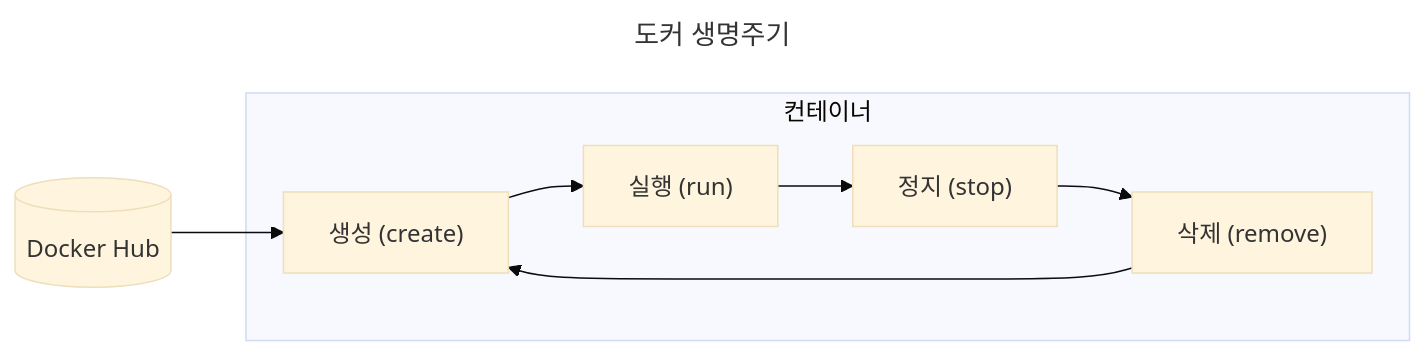
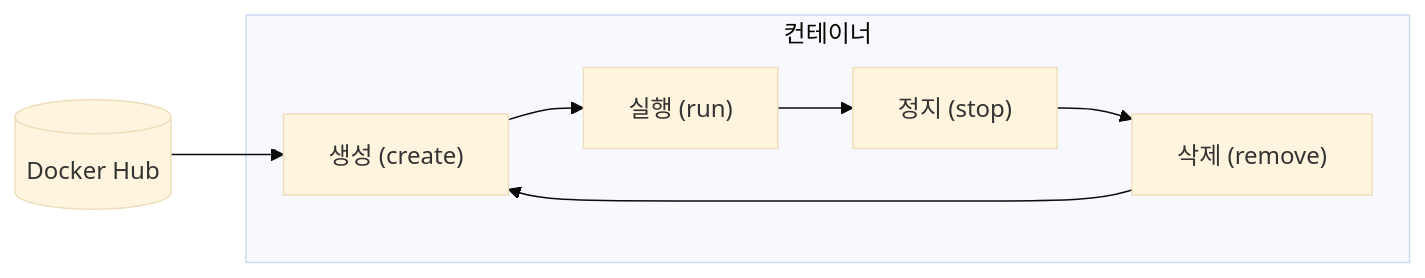
One commit to sangwon0724/sangwon0724.github.io changed the second of 2 diagrams in _posts/DevOps/Docker/2025-02-12-docker-001.markdown. Above: the diagram before and after it, drawn with Mermaid (base theme). The commit also changed other lines of this file, not shown here.

````diff
--- a/_posts/DevOps/Docker/2025-02-12-docker-001.markdown
+++ b/_posts/DevOps/Docker/2025-02-12-docker-001.markdown
@@ -155,13 +155,10 @@
 ```mermaid
----
-title: 도커 생명주기
----
 flowchart LR
     A[(Docker Hub)] --> B["생성 (create)"]
     subgraph 컨테이너
         B --> C["실행 (run)"]
         C --> D["정지 (stop)"]
         D --> E["삭제 (remove)"]
         E --> B
     end
 ```
````
